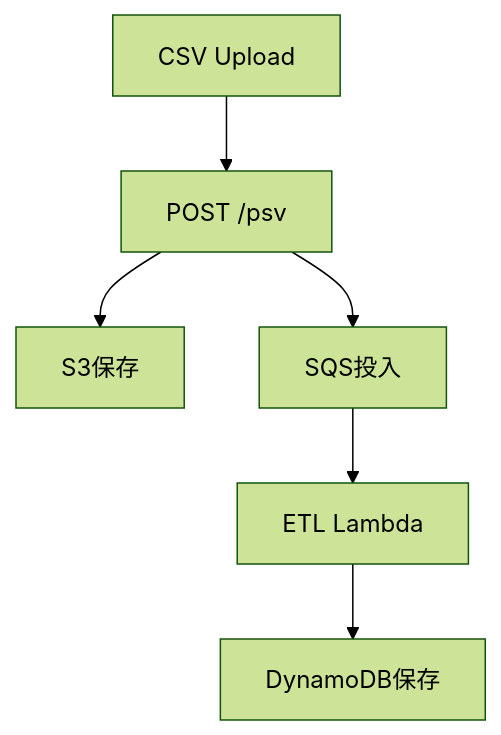
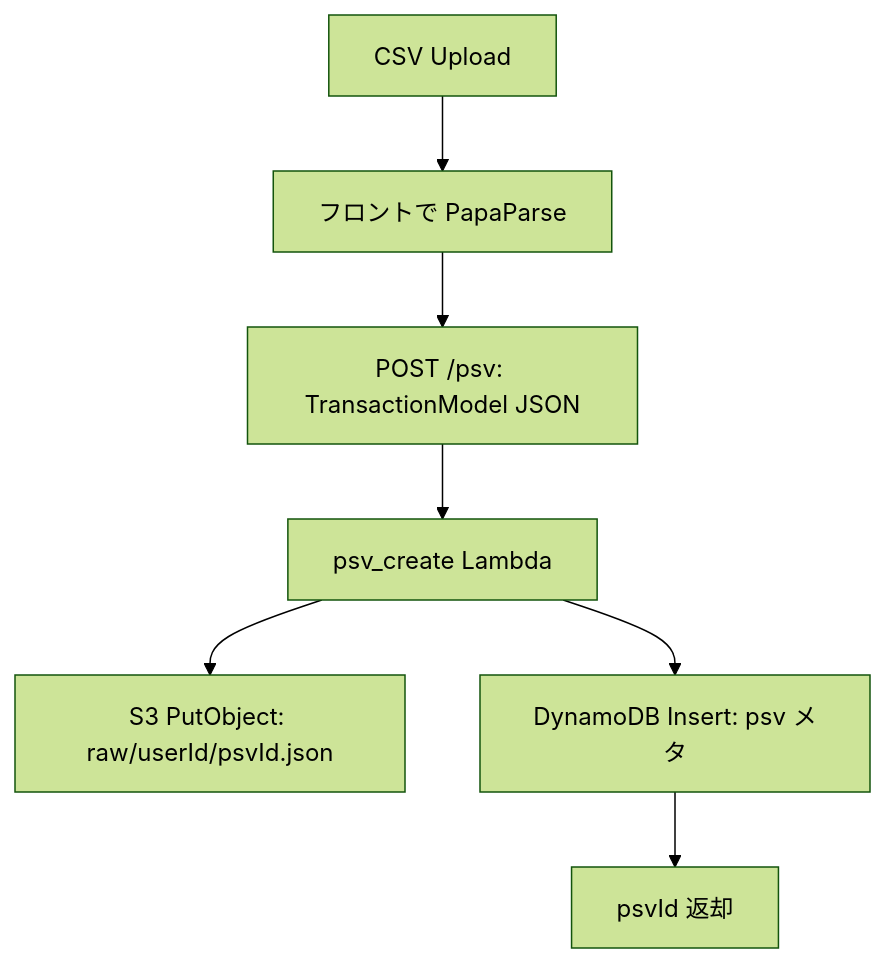
Before and after one commit to yonegen0/kakeibo_app: the second of 4 diagrams in 詳細設計書.md, drawn with Mermaid (forest theme). The commit also changed other lines of this file and 14 other files, not shown here.

````diff
--- a/詳細設計書.md
+++ b/詳細設計書.md
@@ -66,8 +70,9 @@
 ```mermaid
 graph TD
-    A[CSV Upload] --> B[POST /psv]
-    B --> C[S3保存]
-    B --> D[SQS投入]
-    D --> E[ETL Lambda]
-    E --> F[DynamoDB保存]
+    A[CSV Upload] --> B[フロントで PapaParse]
+    B --> C[POST /psv: TransactionModel JSON]
+    C --> D[psv_create Lambda]
+    D --> E[S3 PutObject: raw/userId/psvId.json]
+    D --> F[DynamoDB Insert: psv メタ]
+    F --> G[psvId 返却]
 ```
````
